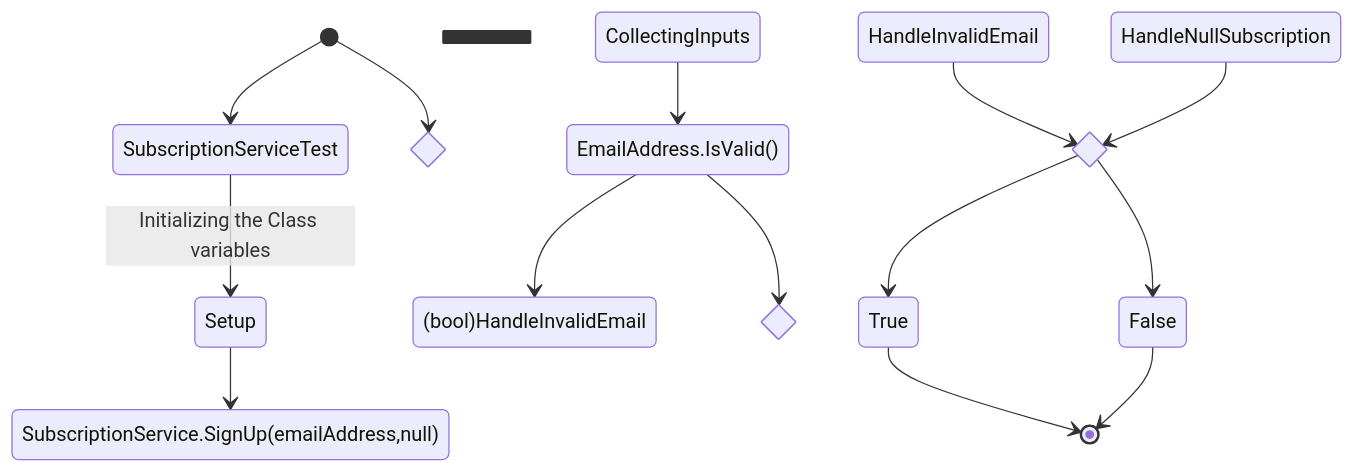
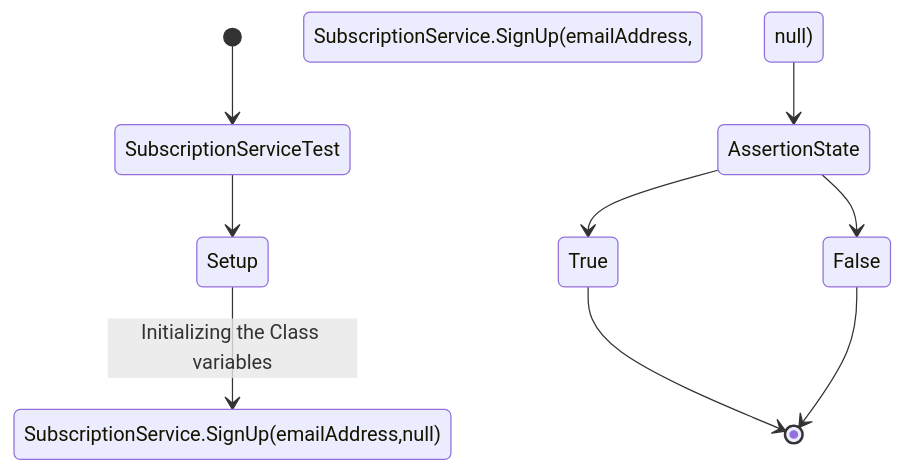
The second of 11 diagrams in model/tests/test.md (Emsaso/GetNews), drawn with Mermaid before and after one commit.

````diff
--- a/model/tests/test.md
+++ b/model/tests/test.md
@@ -32,35 +32,35 @@
 ```mermaid
 stateDiagram-v2
 [*] --> SubscriptionServiceTest
-    SubscriptionServiceTest --> Setup:Initializing the Class variables
-    Setup --> SubscriptionService.SignUp(emailAddress,null)
+    SubscriptionServiceTest --> Setup
+    Setup --> SubscriptionService.SignUp(emailAddress,null):Initializing the Class variables
     
-    state AssertionState <<choice>>
-    state SubscriptionCheck <<choice>>
-    state EnsureEmailValidity <<choice>>
+#    state AssertionState <<choice>>
+#    state SubscriptionCheck <<choice>>
+#    state EnsureEmailValidity <<choice>>
 
-    EnsureEmailValidity
-        [*] --> EnsureEmailValidity
+#    EnsureEmailValidity
+#       [*] --> EnsureEmailValidity
+#
+#        state CollectingInputs
+#        state HandleInvalidEmail
+#        state join_state <<join>>
 
-        state CollectingInputs
-        state HandleInvalidEmail
-        state join_state <<join>>
+#        CollectingInputs --> EmailAddress.IsValid()
+#            EmailAddress.IsValid()--> (bool)HandleInvalidEmail
+#            HandleInvalidEmail  --> AssertionState
 
-        CollectingInputs --> EmailAddress.IsValid()
-            EmailAddress.IsValid()--> (bool)HandleInvalidEmail
-            HandleInvalidEmail  --> AssertionState
-
-        
-        EmailAddress.IsValid() --> SubscriptionCheck
+#        EmailAddress.IsValid() --> SubscriptionCheck
             
-            state HandleNullSubscription
-            HandleNullSubscription --> AssertionState
+#            state HandleNullSubscription
+#            HandleNullSubscription --> CreateSubScription
+#            CreateSubScription --> AssertionState
         
 
-    #SubscriptionService.SignUp(emailAddress, null) --> Assertion Test : Finished calling #the function ensures that the test returns true
+    SubscriptionService.SignUp(emailAddress, null) --> AssertionState
     
     AssertionState --> True
     AssertionState --> False
     True --> [*]
     False --> [*]
 ```
````
